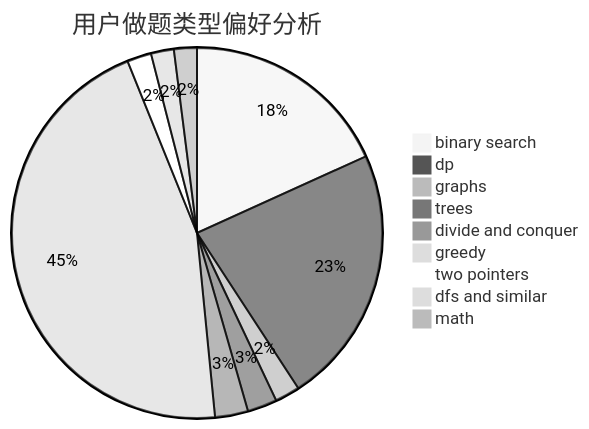
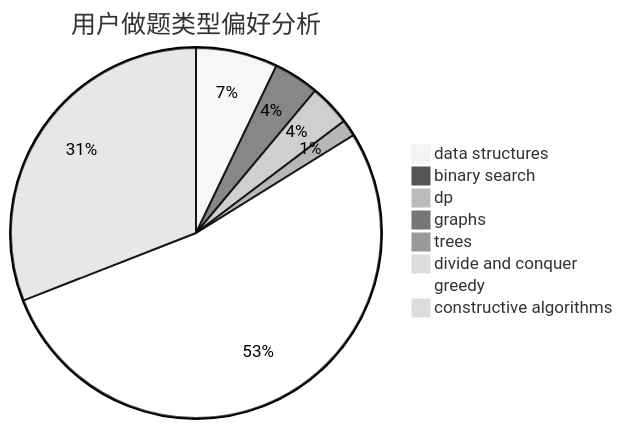
One commit to sherpahu/cfrs.github.io changed the second of 3 diagrams in docs/user/u1556.md. Above: the diagram before and after it, drawn with Mermaid (neutral theme). The commit also changed other lines of this file and 2775 other files, not shown here.

````diff
--- a/docs/user/u1556.md
+++ b/docs/user/u1556.md
@@ -23,12 +23,11 @@
 ```mermaid
 pie title 用户做题类型偏好分析
-    "binary search" :  310
-    "dp" :  384
-    "graphs" :  37
-    "trees" :  44
-    "divide and conquer" :  49
-    "greedy" :  773
-    "two pointers" :  36
-    "dfs and similar" :  34
-    "math" :  34
+    "data structures" :  83
+    "binary search" :  46
+    "dp" :  42
+    "graphs" :  6
+    "trees" :  17
+    "divide and conquer" :  1
+    "greedy" :  616
+    "constructive algorithms" :  360
 ```
````
